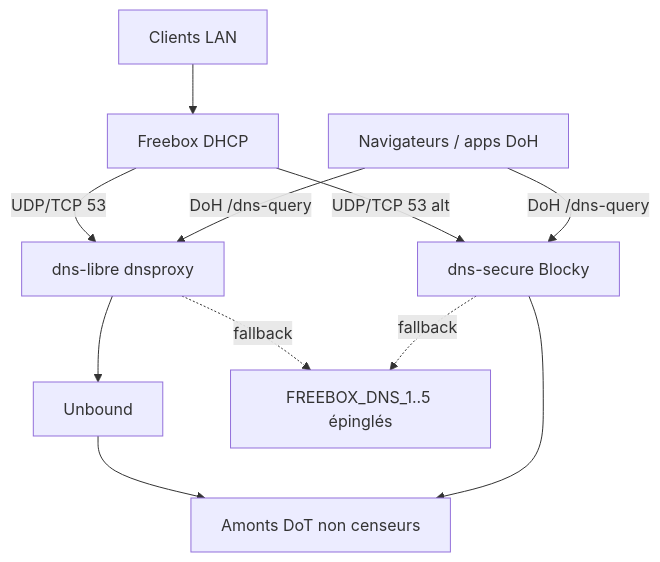
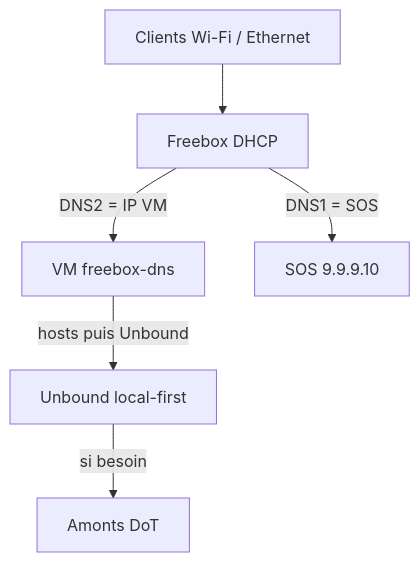
Before and after one commit to dlnraja/freebox-dns: the diagram in README.md, drawn with Mermaid. The commit also changed other lines of this file and 33 other files, not shown here.

First line of the commit message:
Make Freebox VM the canonical LAN DNS (not the Windows PC).

````diff
--- a/README.md
+++ b/README.md
@@ -28,22 +35,15 @@
 ```mermaid
 flowchart TB
-  clients[Clients LAN]
-  browsers[Navigateurs / apps DoH]
-  fb[Freebox DHCP]
-  unbound[Unbound]
-  libre[dns-libre dnsproxy]
-  secure[dns-secure Blocky]
-  upstreams[Amonts DoT non censeurs]
-  fbdns[FREEBOX_DNS_1..5 épinglés]
+  wifi[Clients Wi-Fi / Ethernet]
+  dhcp[Freebox DHCP]
+  vm[VM freebox-dns]
+  unbound[Unbound local-first]
+  dot[Amonts DoT]
+  sos[SOS 9.9.9.10]
 
-  clients --> fb
-  fb -->|UDP/TCP 53| libre
-  fb -->|UDP/TCP 53 alt| secure
-  browsers -->|DoH /dns-query| libre
-  browsers -->|DoH /dns-query| secure
-  libre --> unbound
-  unbound --> upstreams
-  secure --> upstreams
-  libre -.->|fallback| fbdns
-  secure -.->|fallback| fbdns
+  wifi --> dhcp
+  dhcp -->|DNS2 = IP VM| vm
+  dhcp -->|DNS1 = SOS| sos
+  vm -->|hosts puis Unbound| unbound
+  unbound -->|si besoin| dot
 ```
````
